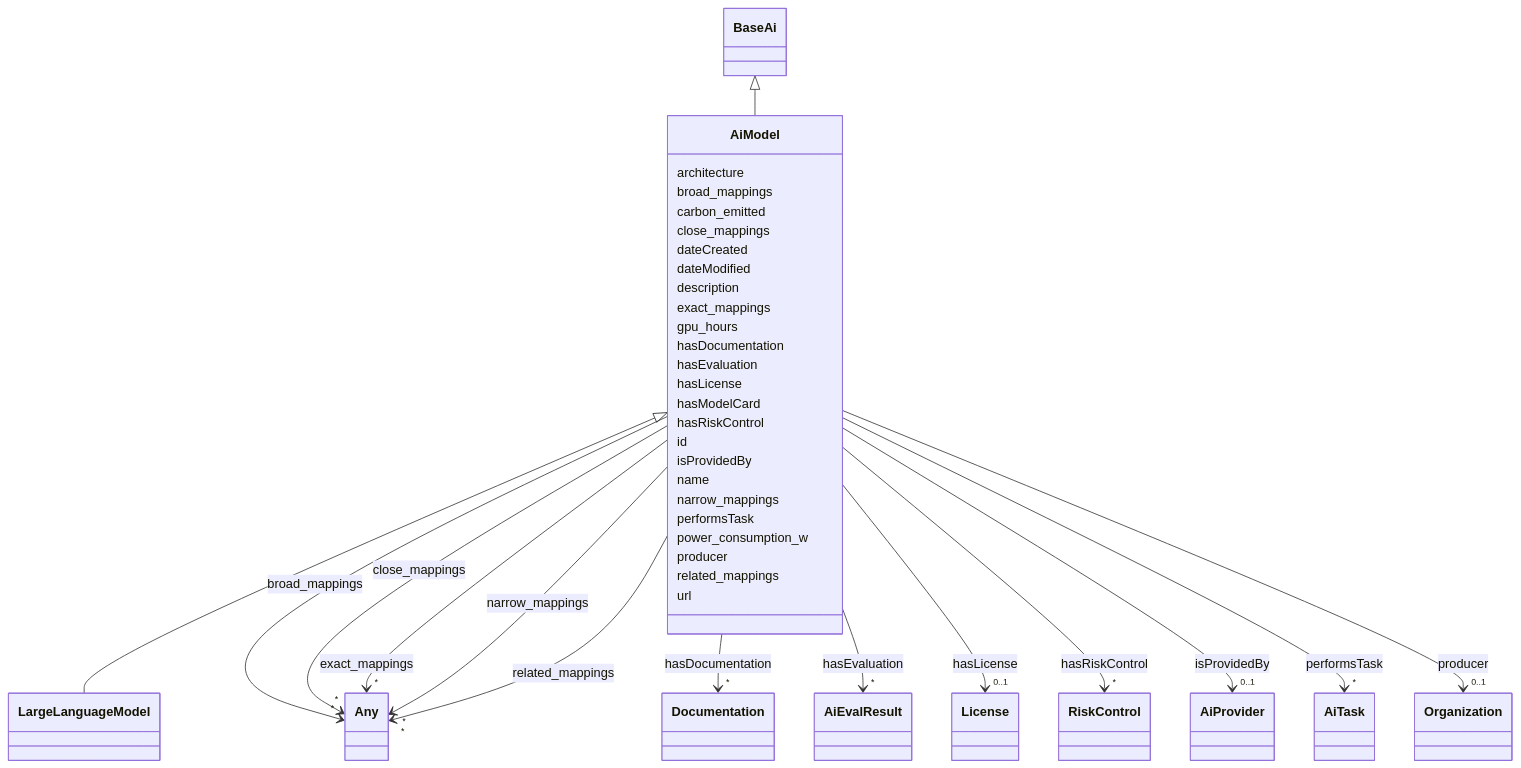
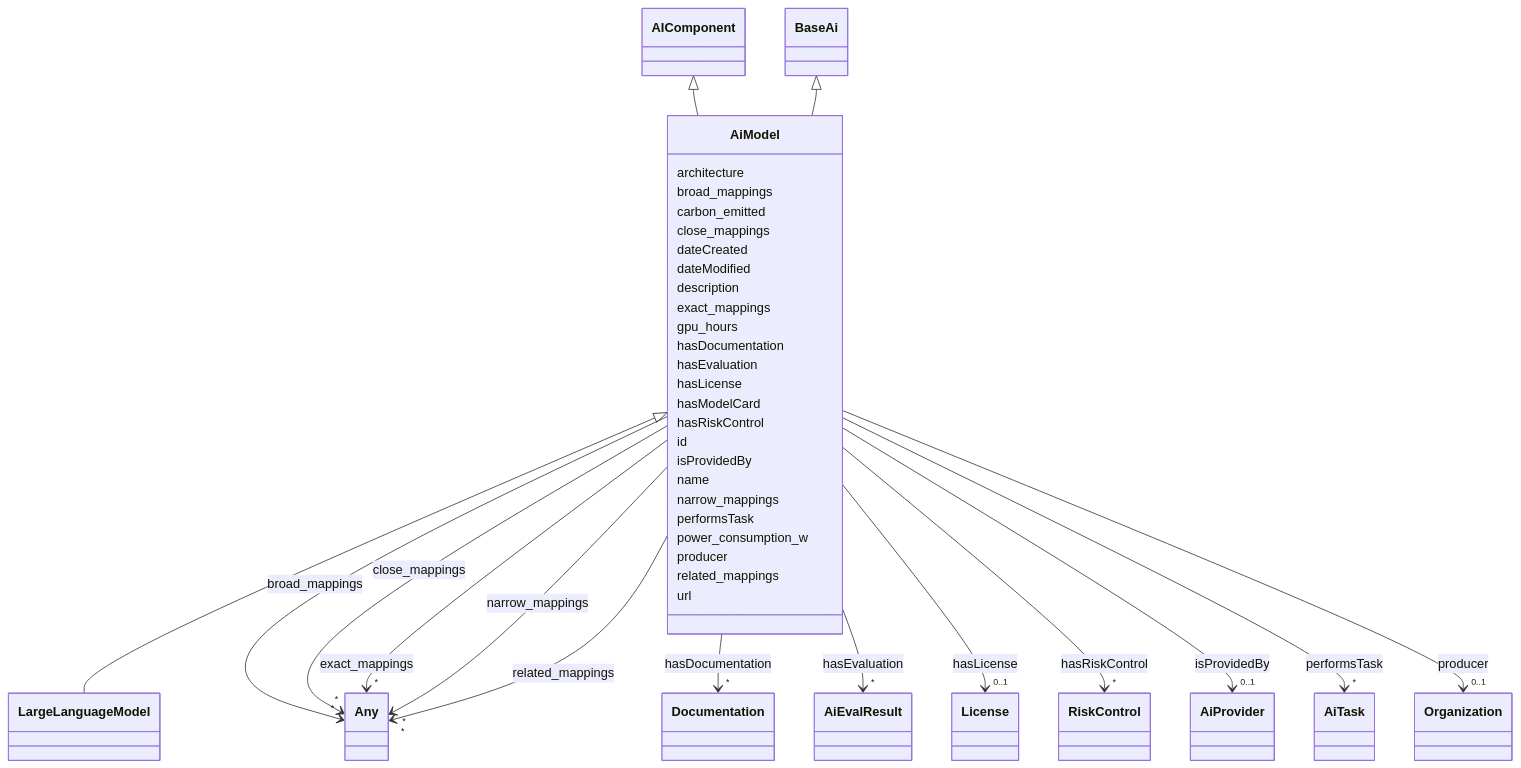
The diagram in docs/ontology/AiModel.md (IBM/ai-atlas-nexus), drawn with Mermaid before and after one commit. The commit also changed other lines of this file and 138 other files, not shown here.

```diff
--- a/docs/ontology/AiModel.md
+++ b/docs/ontology/AiModel.md
@@ -8,6 +8,8 @@
  classDiagram
     class AiModel
     click AiModel href "../AiModel/"
+      AIComponent <|-- AiModel
+        click AIComponent href "../AIComponent/"
       BaseAi <|-- AiModel
         click BaseAi href "../BaseAi/"
 
```
